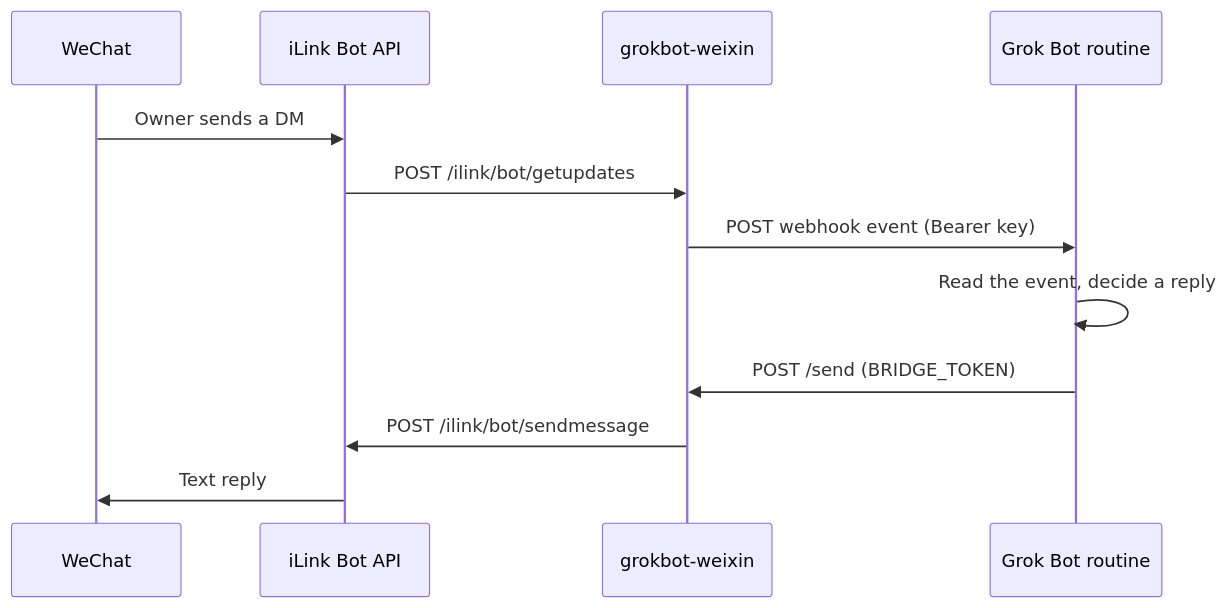
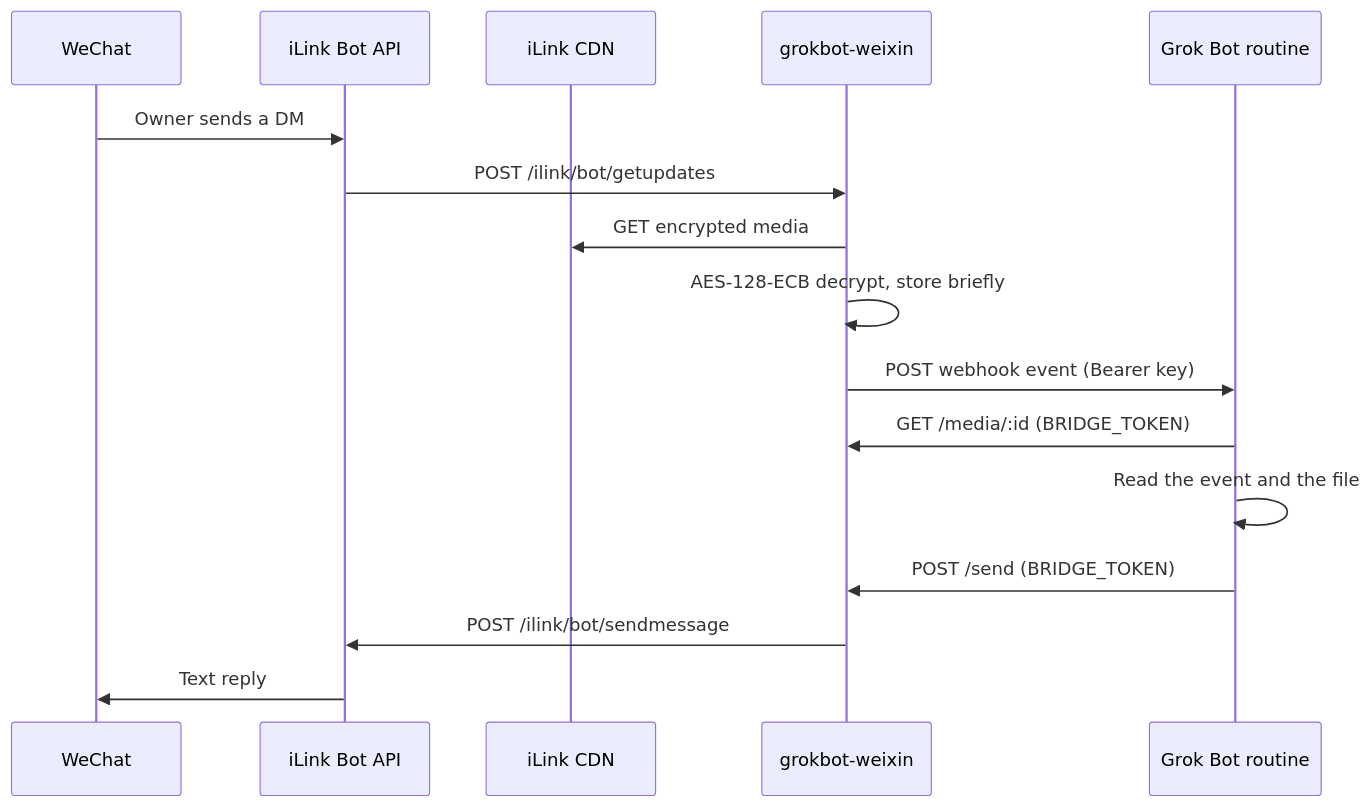
The diagram in README.md (aklancc/grokbot-weixin), drawn with Mermaid before and after one commit. The commit also changed other lines of this file and 25 other files, not shown here.

First line of the commit message:
Download and decrypt inbound WeChat media for the routine. (#4)

````diff
--- a/README.md
+++ b/README.md
@@ -9,14 +9,18 @@
 ```mermaid
 sequenceDiagram
   participant WeChat
   participant iLink as iLink Bot API
+  participant CDN as iLink CDN
   participant Bridge as grokbot-weixin
   participant Routine as Grok Bot routine
   WeChat->>iLink: Owner sends a DM
   iLink->>Bridge: POST /ilink/bot/getupdates
+  Bridge->>CDN: GET encrypted media
+  Bridge->>Bridge: AES-128-ECB decrypt, store briefly
   Bridge->>Routine: POST webhook event (Bearer key)
-  Routine->>Routine: Read the event, decide a reply
+  Routine->>Bridge: GET /media/:id (BRIDGE_TOKEN)
+  Routine->>Routine: Read the event and the file
   Routine->>Bridge: POST /send (BRIDGE_TOKEN)
   Bridge->>iLink: POST /ilink/bot/sendmessage
   iLink->>WeChat: Text reply
 ```
````
